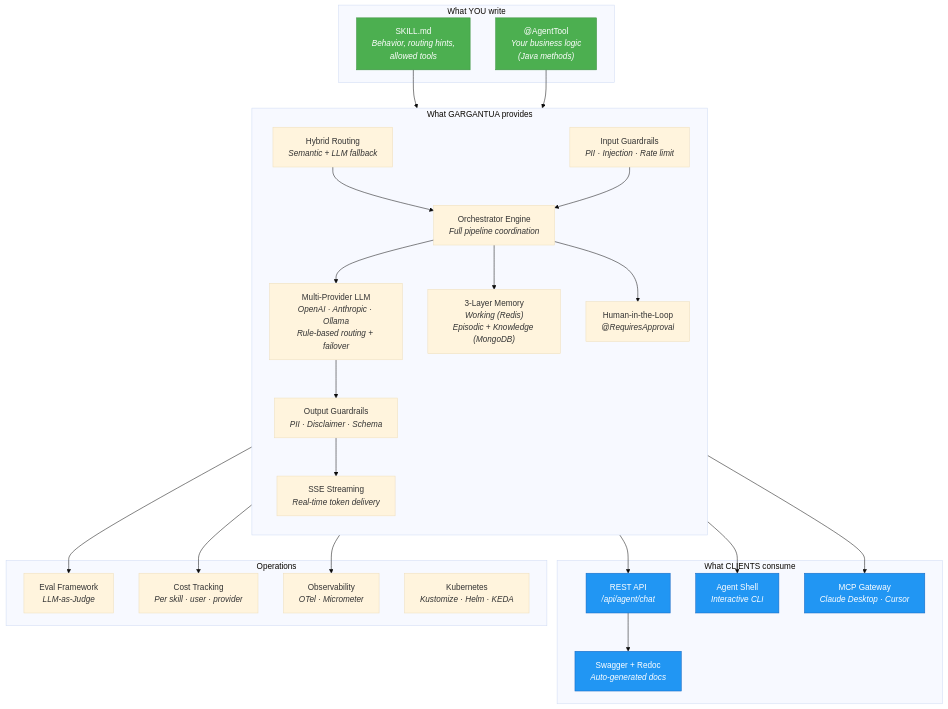
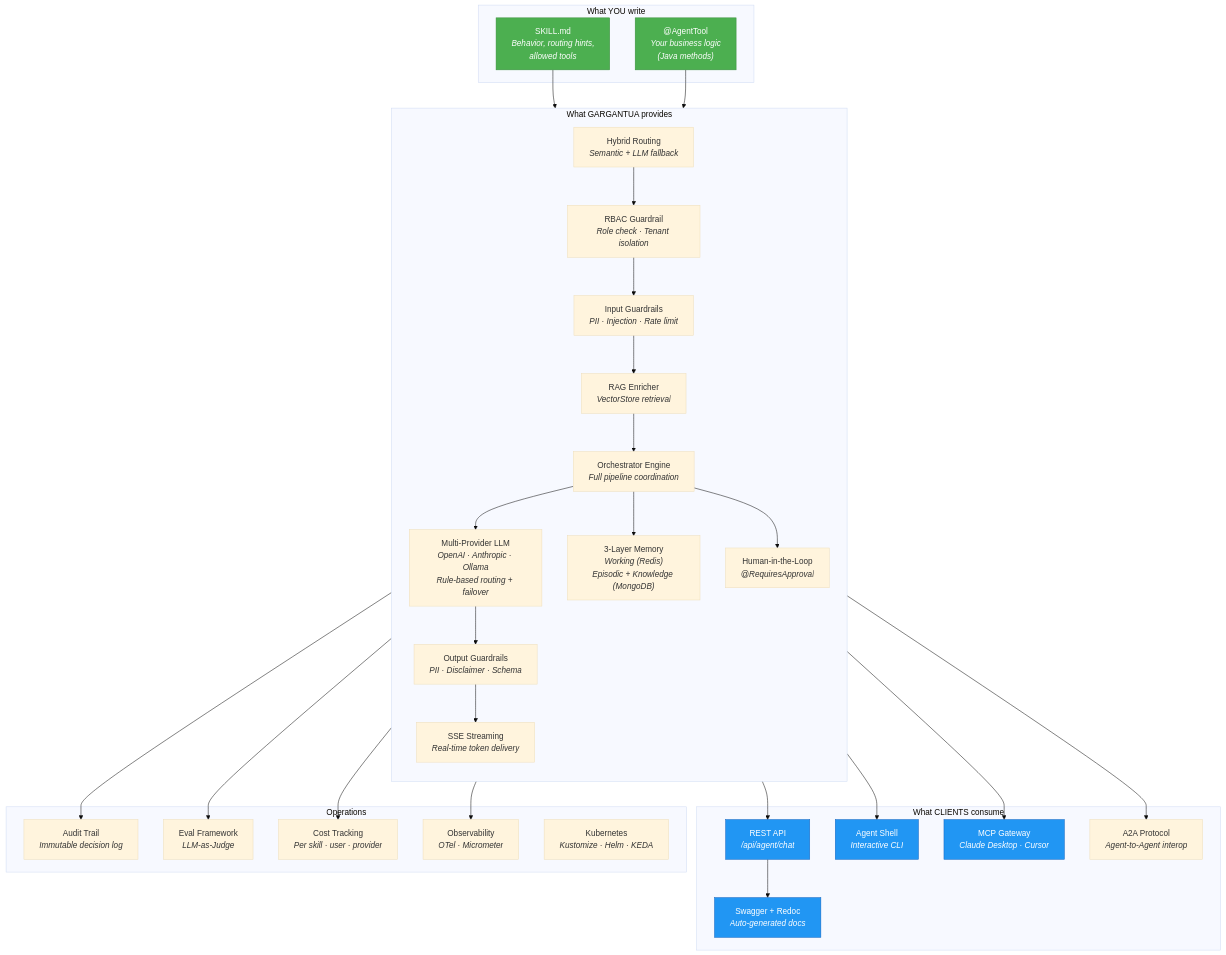
One commit to GiskardB/gargantua changed the diagram in README.md. Above: the diagram before and after it, drawn with Mermaid (base theme). The commit also changed other lines of this file and 5 other files, not shown here.

First line of the commit message:
docs: update all documentation for RAG, RBAC, A2A, Audit Trail (WIP)

````diff
--- a/README.md
+++ b/README.md
@@ -75,58 +75,66 @@
 ```mermaid
 graph TB
     subgraph "What YOU write"
         SKILL["SKILL.md<br/><i>Behavior, routing hints,<br/>allowed tools</i>"]
         TOOL["@AgentTool<br/><i>Your business logic<br/>(Java methods)</i>"]
     end
 
     subgraph "What GARGANTUA provides"
         direction TB
 
         ROUTE["Hybrid Routing<br/><i>Semantic + LLM fallback</i>"]
+        RBAC["RBAC Guardrail<br/><i>Role check · Tenant isolation</i>"]
         GUARD_IN["Input Guardrails<br/><i>PII · Injection · Rate limit</i>"]
+        RAG["RAG Enricher<br/><i>VectorStore retrieval</i>"]
         ORCH["Orchestrator Engine<br/><i>Full pipeline coordination</i>"]
         LLM["Multi-Provider LLM<br/><i>OpenAI · Anthropic · Ollama<br/>Rule-based routing + failover</i>"]
         MEM["3-Layer Memory<br/><i>Working (Redis)<br/>Episodic + Knowledge (MongoDB)</i>"]
         GUARD_OUT["Output Guardrails<br/><i>PII · Disclaimer · Schema</i>"]
         STREAM["SSE Streaming<br/><i>Real-time token delivery</i>"]
         HITL["Human-in-the-Loop<br/><i>@RequiresApproval</i>"]
     end
 
     subgraph "What CLIENTS consume"
         API["REST API<br/><i>/api/agent/chat</i>"]
         CLI["Agent Shell<br/><i>Interactive CLI</i>"]
         MCP["MCP Gateway<br/><i>Claude Desktop · Cursor</i>"]
+        A2A["A2A Protocol<br/><i>Agent-to-Agent interop</i>"]
         DOCS["Swagger + Redoc<br/><i>Auto-generated docs</i>"]
     end
 
     subgraph "Operations"
+        AUDIT["Audit Trail<br/><i>Immutable decision log</i>"]
         EVAL["Eval Framework<br/><i>LLM-as-Judge</i>"]
         COST["Cost Tracking<br/><i>Per skill · user · provider</i>"]
         OTEL["Observability<br/><i>OTel · Micrometer</i>"]
         K8S["Kubernetes<br/><i>Kustomize · Helm · KEDA</i>"]
     end
 
     SKILL --> ROUTE
     TOOL --> ORCH
-    ROUTE --> ORCH
-    GUARD_IN --> ORCH
+    ROUTE --> RBAC
+    RBAC --> GUARD_IN
+    GUARD_IN --> RAG
+    RAG --> ORCH
     ORCH --> LLM
     ORCH --> MEM
     LLM --> GUARD_OUT
     GUARD_OUT --> STREAM
     ORCH --> HITL
     STREAM --> API
     STREAM --> CLI
     STREAM --> MCP
+    STREAM --> A2A
     API --> DOCS
+    ORCH --> AUDIT
     ORCH --> EVAL
     ORCH --> COST
     ORCH --> OTEL
 
     style SKILL fill:#4CAF50,color:#fff,stroke:#388E3C
     style TOOL fill:#4CAF50,color:#fff,stroke:#388E3C
     style API fill:#2196F3,color:#fff,stroke:#1565C0
     style CLI fill:#2196F3,color:#fff,stroke:#1565C0
     style MCP fill:#2196F3,color:#fff,stroke:#1565C0
     style DOCS fill:#2196F3,color:#fff,stroke:#1565C0
 ```
````
